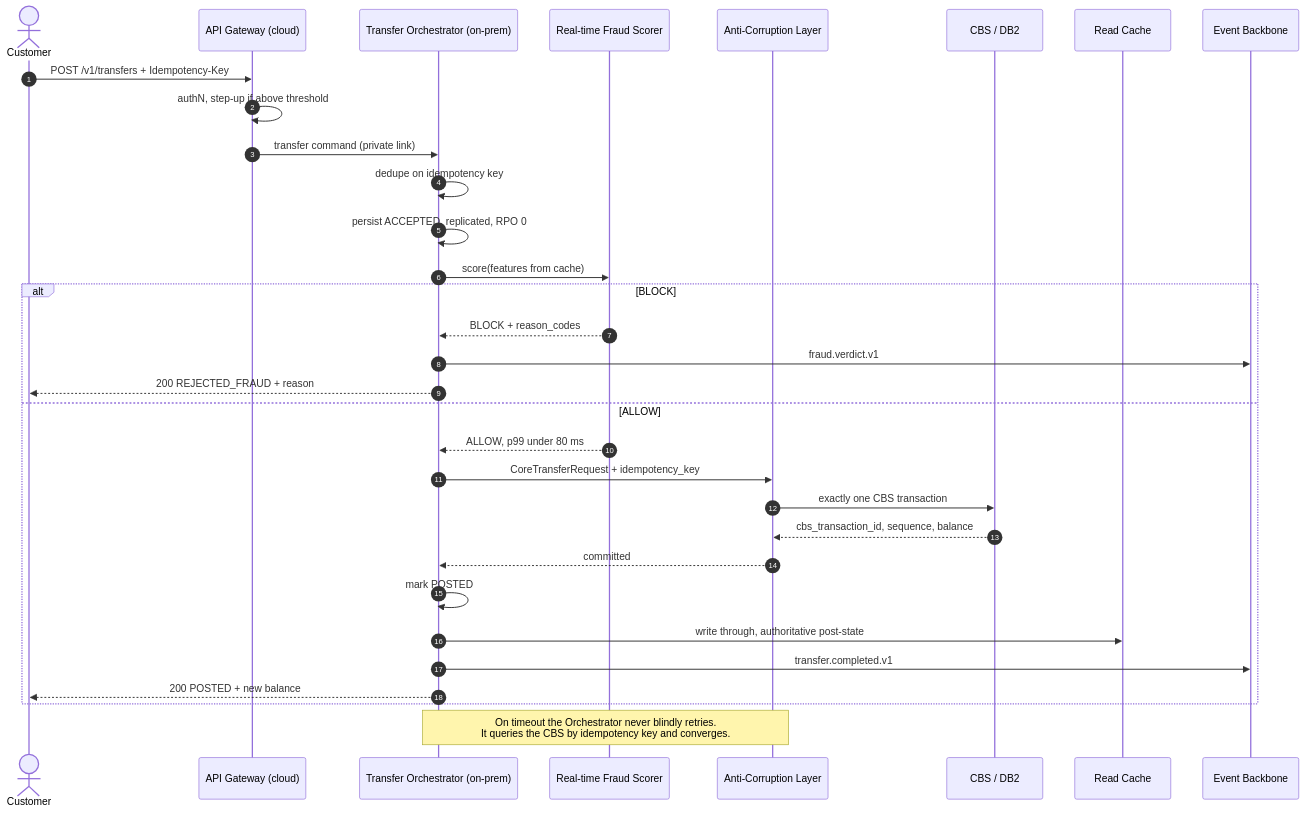
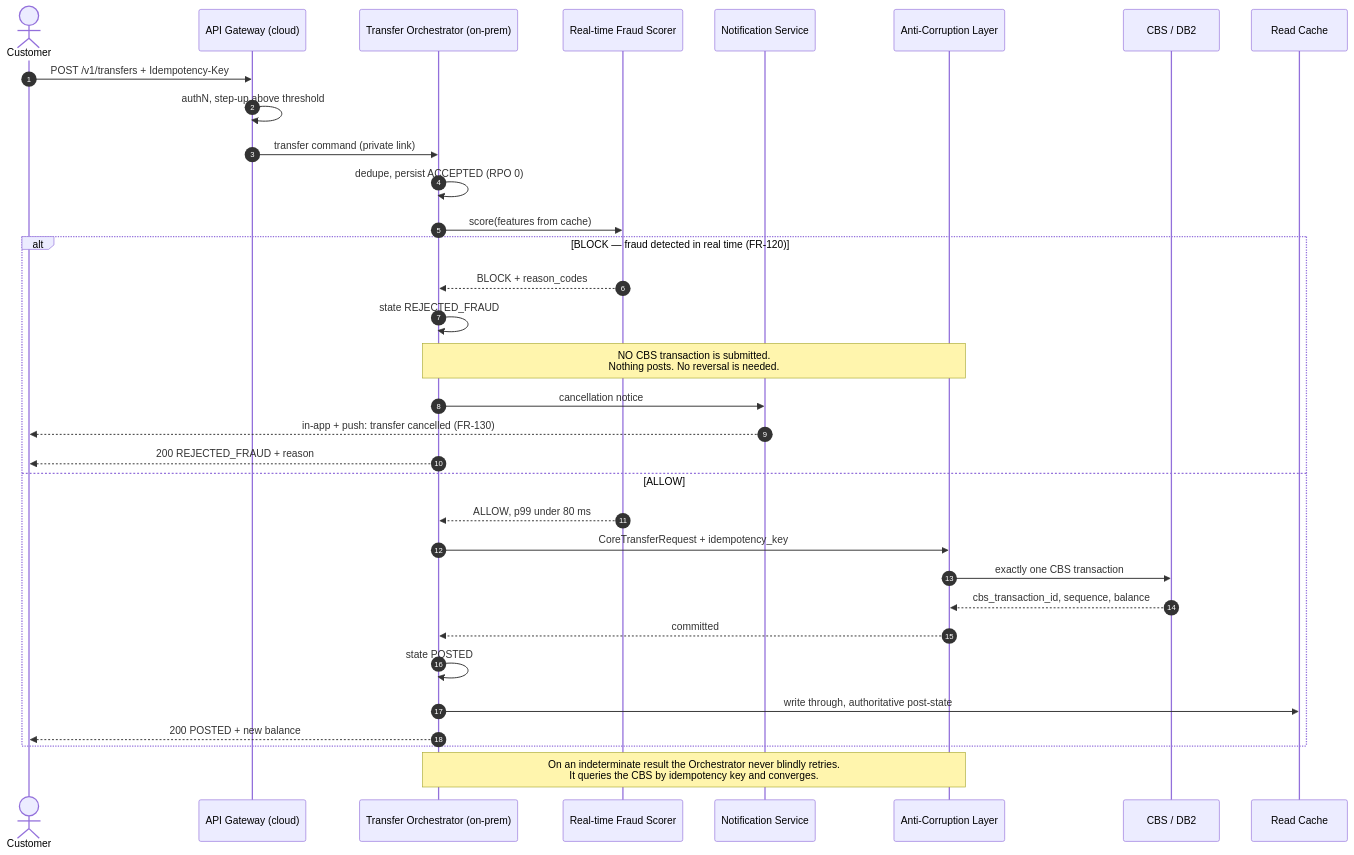
Before and after one commit to sunnydubey1111/neobank-digital-leap: the ninth of 15 diagrams in docs/solution/diagrams.md, drawn with Mermaid. The commit also changed other lines of this file and 7 other files, not shown here.

````diff
--- a/docs/solution/diagrams.md
+++ b/docs/solution/diagrams.md
@@ -352,36 +463,38 @@
 ```mermaid
 sequenceDiagram
     autonumber
     actor C as Customer
     participant GW as API Gateway (cloud)
     participant O as Transfer Orchestrator (on-prem)
     participant F as Real-time Fraud Scorer
+    participant N as Notification Service
     participant ACL as Anti-Corruption Layer
     participant CBS as CBS / DB2
     participant $ as Read Cache
-    participant B as Event Backbone
 
     C->>GW: POST /v1/transfers + Idempotency-Key
-    GW->>GW: authN, step-up if above threshold
+    GW->>GW: authN, step-up above threshold
     GW->>O: transfer command (private link)
-    O->>O: dedupe on idempotency key
-    O->>O: persist ACCEPTED, replicated, RPO 0
+    O->>O: dedupe, persist ACCEPTED (RPO 0)
     O->>F: score(features from cache)
-    alt BLOCK
+
+    alt BLOCK — fraud detected in real time (FR-120)
         F-->>O: BLOCK + reason_codes
-        O->>B: fraud.verdict.v1
+        O->>O: state REJECTED_FRAUD
+        Note over O,ACL: NO CBS transaction is submitted.<br/>Nothing posts. No reversal is needed.
+        O->>N: cancellation notice
+        N-->>C: in-app + push: transfer cancelled (FR-130)
         O-->>C: 200 REJECTED_FRAUD + reason
     else ALLOW
         F-->>O: ALLOW, p99 under 80 ms
         O->>ACL: CoreTransferRequest + idempotency_key
         ACL->>CBS: exactly one CBS transaction
         CBS-->>ACL: cbs_transaction_id, sequence, balance
         ACL-->>O: committed
-        O->>O: mark POSTED
+        O->>O: state POSTED
         O->>$: write through, authoritative post-state
-        O->>B: transfer.completed.v1
         O-->>C: 200 POSTED + new balance
     end
 
-    Note over O,ACL: On timeout the Orchestrator never blindly retries.<br/>It queries the CBS by idempotency key and converges.
+    Note over O,ACL: On an indeterminate result the Orchestrator never blindly retries.<br/>It queries the CBS by idempotency key and converges.
 ```
````
